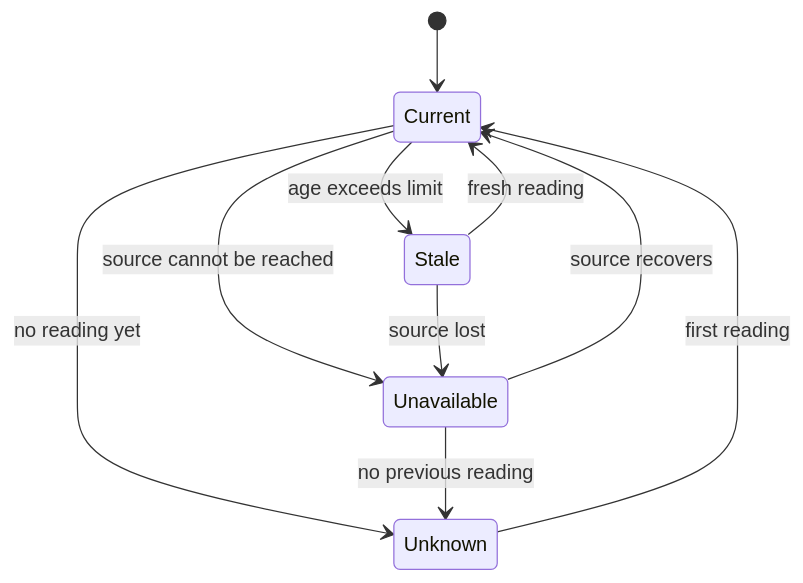
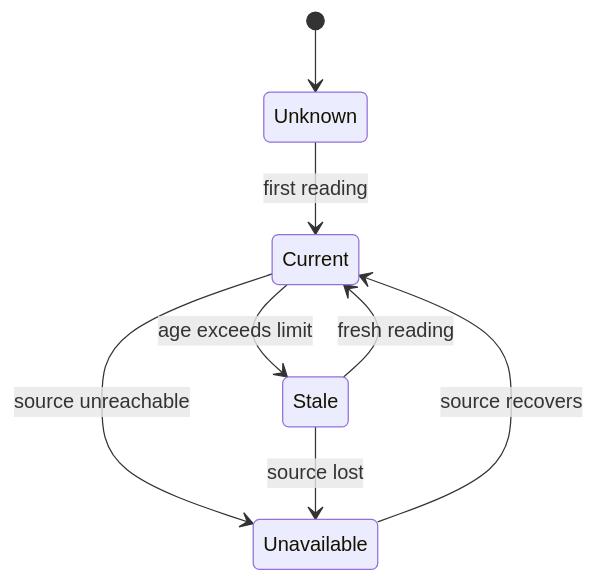
One commit to piton-lang/factory changed the diagram in docs/src/content/docs/guides/operating.md. Above: the diagram before and after it, drawn with Mermaid. The commit also changed other lines of this file and 37 other files, not shown here.

````diff
--- a/docs/src/content/docs/guides/operating.md
+++ b/docs/src/content/docs/guides/operating.md
@@ -18,12 +51,10 @@
 ```mermaid
 stateDiagram-v2
-    [*] --> Current
+    [*] --> Unknown
+    Unknown --> Current: first reading
     Current --> Stale: age exceeds limit
-    Current --> Unknown: no reading yet
-    Current --> Unavailable: source cannot be reached
+    Current --> Unavailable: source unreachable
     Stale --> Current: fresh reading
-    Unknown --> Current: first reading
     Unavailable --> Current: source recovers
     Stale --> Unavailable: source lost
-    Unavailable --> Unknown: no previous reading
 ```
````
